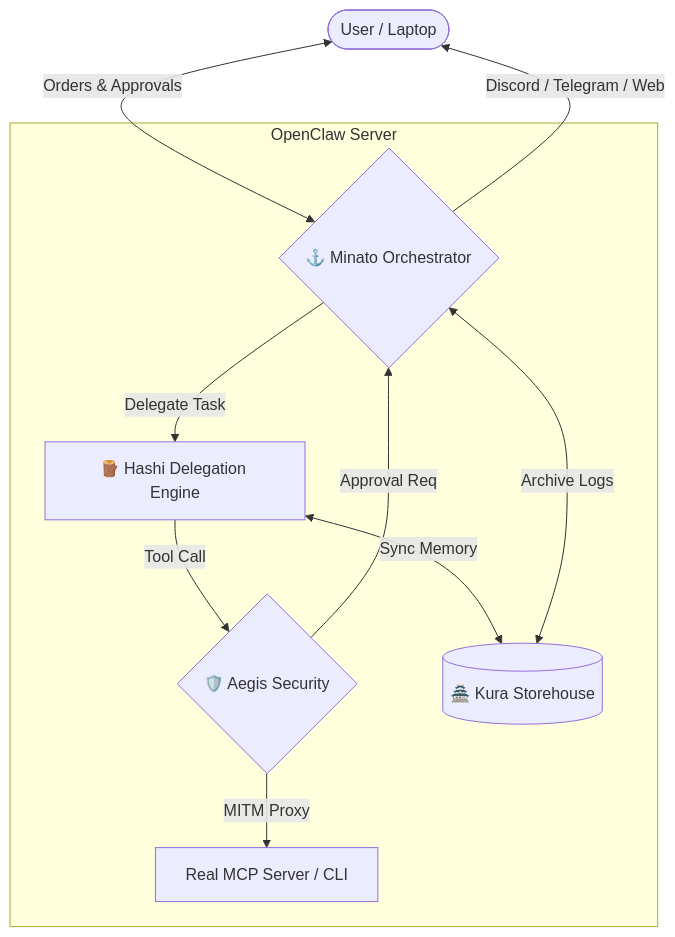
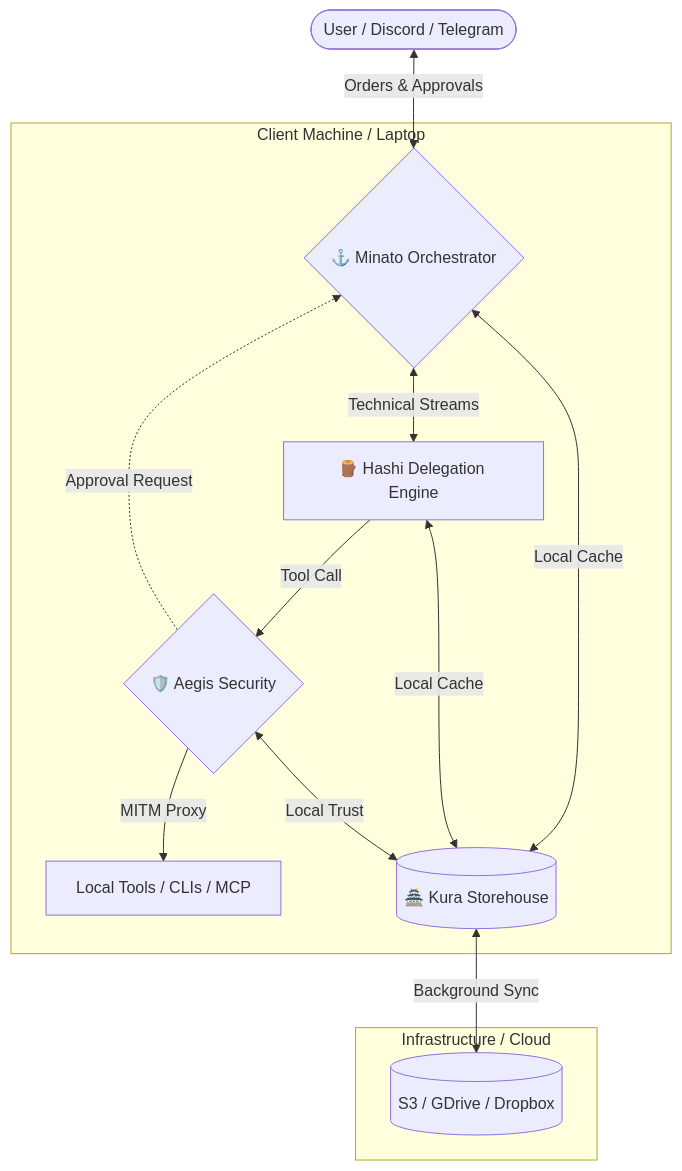
Before and after one commit to kagi-labs/.github: the diagram in profile/README.md, drawn with Mermaid. The commit also changed other lines of this file, not shown here.

Commit message:
docs: Correct system diagram - Minato/Hashi/Aegis/Kura are client-side

````diff
--- a/profile/README.md
+++ b/profile/README.md
@@ -9,16 +9,20 @@
 ```mermaid
 graph TD
-    User([User / Laptop]) <-->|Orders & Approvals| Minato
+    User([User / Discord / Telegram]) <-->|Orders & Approvals| Minato
     
-    subgraph OpenClaw Server
-        Minato{⚓ Minato Orchestrator} -->|Delegate Task| Hashi[🪵 Hashi Delegation Engine]
+    subgraph Client Machine / Laptop
+        Minato{⚓ Minato Orchestrator} <-->|Technical Streams| Hashi[🪵 Hashi Delegation Engine]
         Hashi -->|Tool Call| Aegis{🛡️ Aegis Security}
-        Aegis -->|MITM Proxy| Target[Real MCP Server / CLI]
+        Aegis -->|MITM Proxy| Target[Local Tools / CLIs / MCP]
         
-        Hashi <-->|Sync Memory| Kura[(🏯 Kura Storehouse)]
-        Minato <-->|Archive Logs| Kura
+        Minato <-->|Local Cache| Kura[(🏯 Kura Storehouse)]
+        Hashi <-->|Local Cache| Kura
+        Aegis <-->|Local Trust| Kura
     end
 
-    Aegis -->|Approval Req| Minato
-    Minato -->|Discord / Telegram / Web| User
+    subgraph Infrastructure / Cloud
+        Kura <-->|Background Sync| Storage[(S3 / GDrive / Dropbox)]
+    end
+
+    Aegis -.->|Approval Request| Minato
 ```
````
